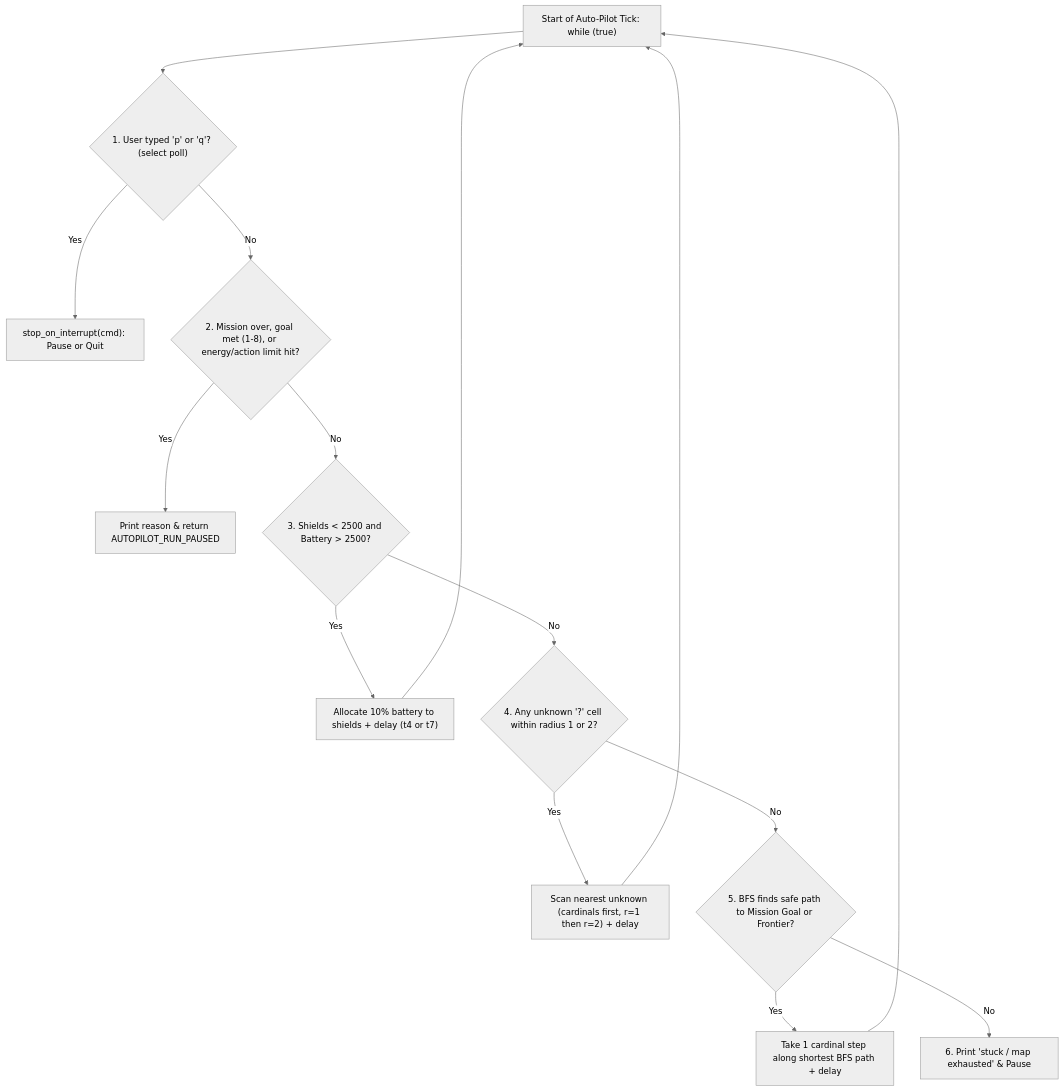
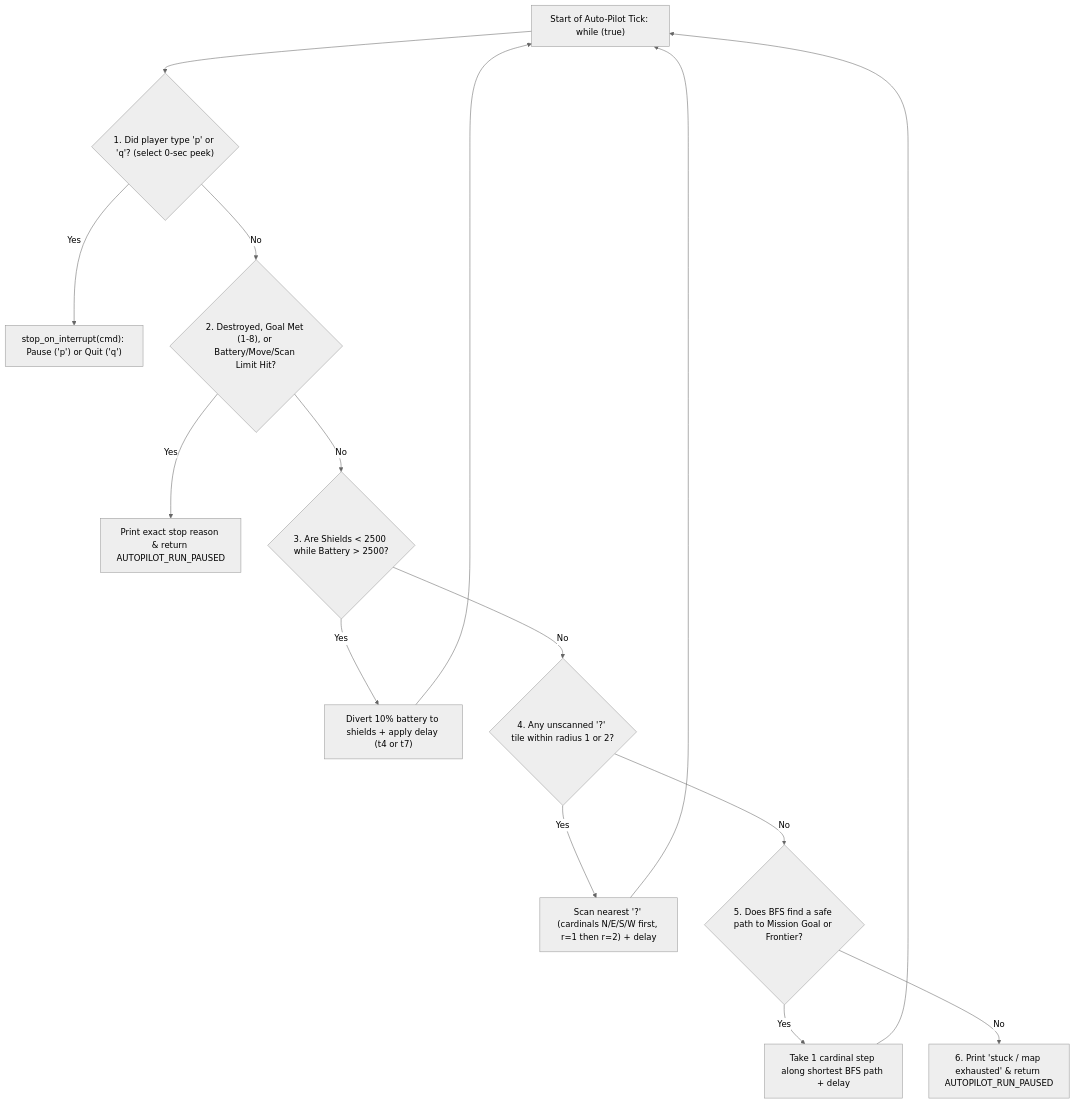
One commit to littnate/RSE1201_Group_Project changed the first of 2 diagrams in VehExplorer/docs/v2_student_8_autopilot_guide.md. Above: the diagram before and after it, drawn with Mermaid (neutral theme). The commit also changed other lines of this file and 8 other files, not shown here.

````diff
--- a/VehExplorer/docs/v2_student_8_autopilot_guide.md
+++ b/VehExplorer/docs/v2_student_8_autopilot_guide.md
@@ -12,15 +15,15 @@
 ```mermaid
 flowchart TD
-    Top["Start of Auto-Pilot Tick: while (true)"] --> S1{"1. User typed 'p' or 'q'? (select poll)"}
-    S1 -- "Yes" --> Int["stop_on_interrupt(cmd): Pause or Quit"]
-    S1 -- "No" --> S2{"2. Mission over, goal met (1-8), or energy/action limit hit?"}
-    S2 -- "Yes" --> Pause["Print reason & return AUTOPILOT_RUN_PAUSED"]
-    S2 -- "No" --> S3{"3. Shields < 2500 and Battery > 2500?"}
-    S3 -- "Yes" --> Shield["Allocate 10% battery to shields + delay (t4 or t7)"]
-    S3 -- "No" --> S4{"4. Any unknown '?' cell within radius 1 or 2?"}
-    S4 -- "Yes" --> Scan["Scan nearest unknown (cardinals first, r=1 then r=2) + delay"]
-    S4 -- "No" --> S5{"5. BFS finds safe path to Mission Goal or Frontier?"}
+    Top["Start of Auto-Pilot Tick: while (true)"] --> S1{"1. Did player type 'p' or 'q'? (select 0-sec peek)"}
+    S1 -- "Yes" --> Int["stop_on_interrupt(cmd): Pause ('p') or Quit ('q')"]
+    S1 -- "No" --> S2{"2. Destroyed, Goal Met (1-8), or Battery/Move/Scan Limit Hit?"}
+    S2 -- "Yes" --> Stop["Print exact stop reason & return AUTOPILOT_RUN_PAUSED"]
+    S2 -- "No" --> S3{"3. Are Shields < 2500 while Battery > 2500?"}
+    S3 -- "Yes" --> Shield["Divert 10% battery to shields + apply delay (t4 or t7)"]
+    S3 -- "No" --> S4{"4. Any unscanned '?' tile within radius 1 or 2?"}
+    S4 -- "Yes" --> Scan["Scan nearest '?' (cardinals N/E/S/W first, r=1 then r=2) + delay"]
+    S4 -- "No" --> S5{"5. Does BFS find a safe path to Mission Goal or Frontier?"}
     S5 -- "Yes" --> Move["Take 1 cardinal step along shortest BFS path + delay"]
-    S5 -- "No" --> Stuck["6. Print 'stuck / map exhausted' & Pause"]
+    S5 -- "No" --> Stuck["6. Print 'stuck / map exhausted' & return AUTOPILOT_RUN_PAUSED"]
     Shield & Scan & Move --> Top
 ```
````
